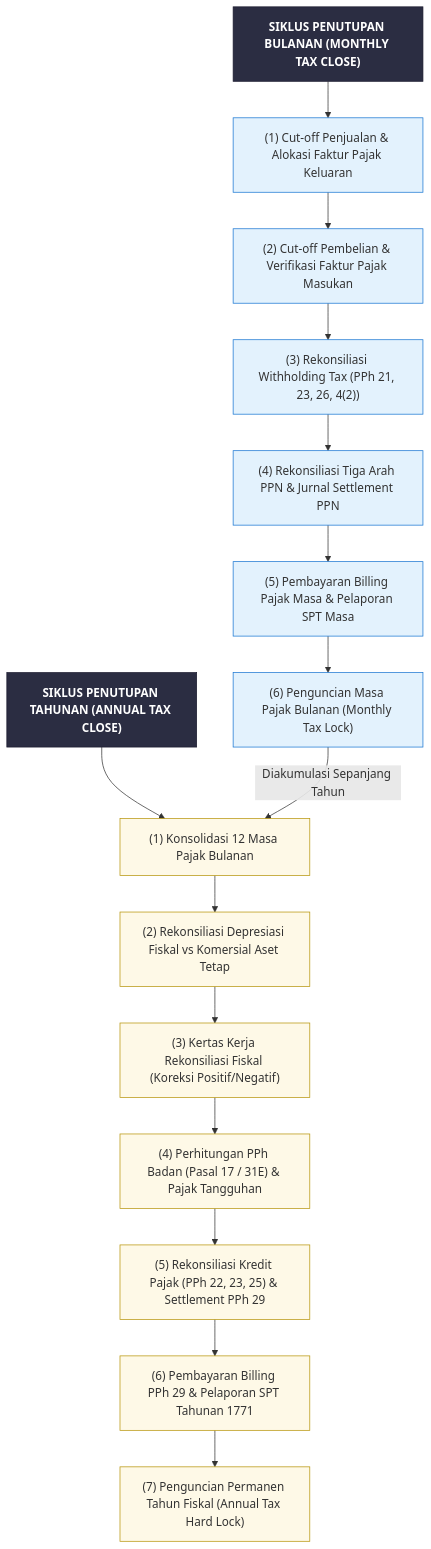
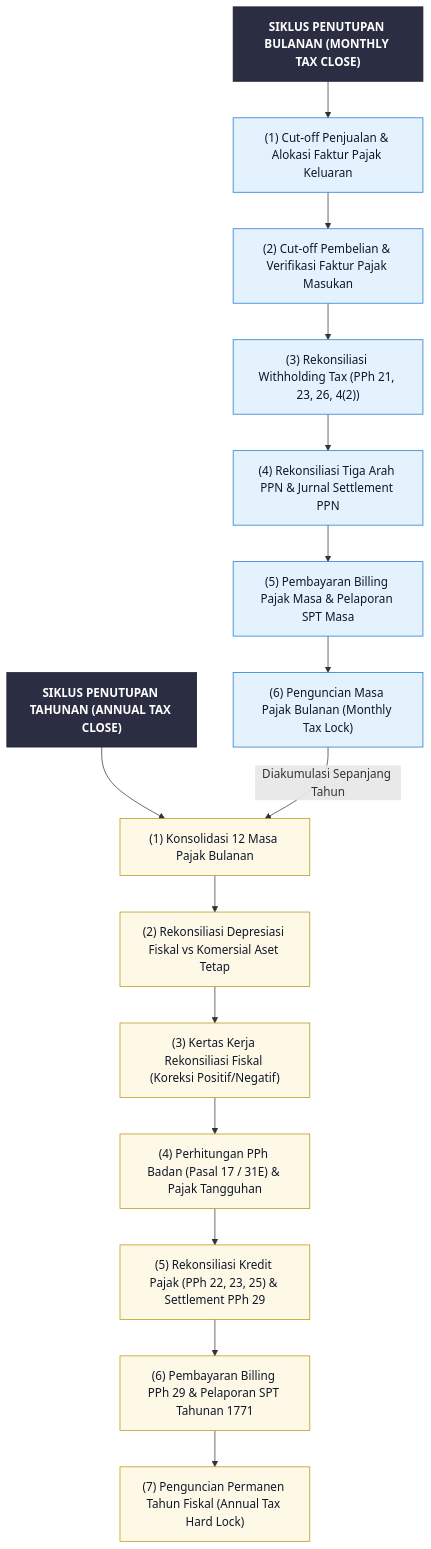
The diagram in content/11-tax/tax-closing-and-period-end.md (alimurrofid/erp-notes), drawn with Mermaid before and after one commit. The commit also changed 15 other files, not shown here.

Commit message:
fix(content):Mermaid classDef darkmode text color

````diff
--- a/content/11-tax/tax-closing-and-period-end.md
+++ b/content/11-tax/tax-closing-and-period-end.md
@@ -27,33 +27,33 @@
 ```mermaid
 flowchart TD
     H_Monthly["SIKLUS PENUTUPAN BULANAN (MONTHLY TAX CLOSE)"]
     M1["(1) Cut-off Penjualan & Alokasi Faktur Pajak Keluaran"]
     M2["(2) Cut-off Pembelian & Verifikasi Faktur Pajak Masukan"]
     M3["(3) Rekonsiliasi Withholding Tax (PPh 21, 23, 26, 4(2))"]
     M4["(4) Rekonsiliasi Tiga Arah PPN & Jurnal Settlement PPN"]
     M5["(5) Pembayaran Billing Pajak Masa & Pelaporan SPT Masa"]
     M6["(6) Penguncian Masa Pajak Bulanan (Monthly Tax Lock)"]
     
     H_Monthly --> M1 --> M2 --> M3 --> M4 --> M5 --> M6
 
     H_Annual["SIKLUS PENUTUPAN TAHUNAN (ANNUAL TAX CLOSE)"]
     A1["(1) Konsolidasi 12 Masa Pajak Bulanan"]
     A2["(2) Rekonsiliasi Depresiasi Fiskal vs Komersial Aset Tetap"]
     A3["(3) Kertas Kerja Rekonsiliasi Fiskal (Koreksi Positif/Negatif)"]
     A4["(4) Perhitungan PPh Badan (Pasal 17 / 31E) & Pajak Tangguhan"]
     A5["(5) Rekonsiliasi Kredit Pajak (PPh 22, 23, 25) & Settlement PPh 29"]
     A6["(6) Pembayaran Billing PPh 29 & Pelaporan SPT Tahunan 1771"]
     A7["(7) Penguncian Permanen Tahun Fiskal (Annual Tax Hard Lock)"]
     
     H_Annual --> A1 --> A2 --> A3 --> A4 --> A5 --> A6 --> A7
 
     M6 -->|"Diakumulasi Sepanjang Tahun"| A1
 
     classDef header fill:#2b2d42,stroke:#1a1a2e,color:#ffffff,font-weight:bold;
-    classDef monthly fill:#e3f2fd,stroke:#1976d2,stroke-width:1px;
-    classDef annual fill:#fef9e7,stroke:#b7950b,stroke-width:1px;
+    classDef monthly fill:#e3f2fd,stroke:#1976d2,stroke-width:1px,color:#0f172a;
+    classDef annual fill:#fef9e7,stroke:#b7950b,stroke-width:1px,color:#0f172a;
 
     class H_Monthly,H_Annual header;
     class M1,M2,M3,M4,M5,M6 monthly;
     class A1,A2,A3,A4,A5,A6,A7 annual;
 ```
````
